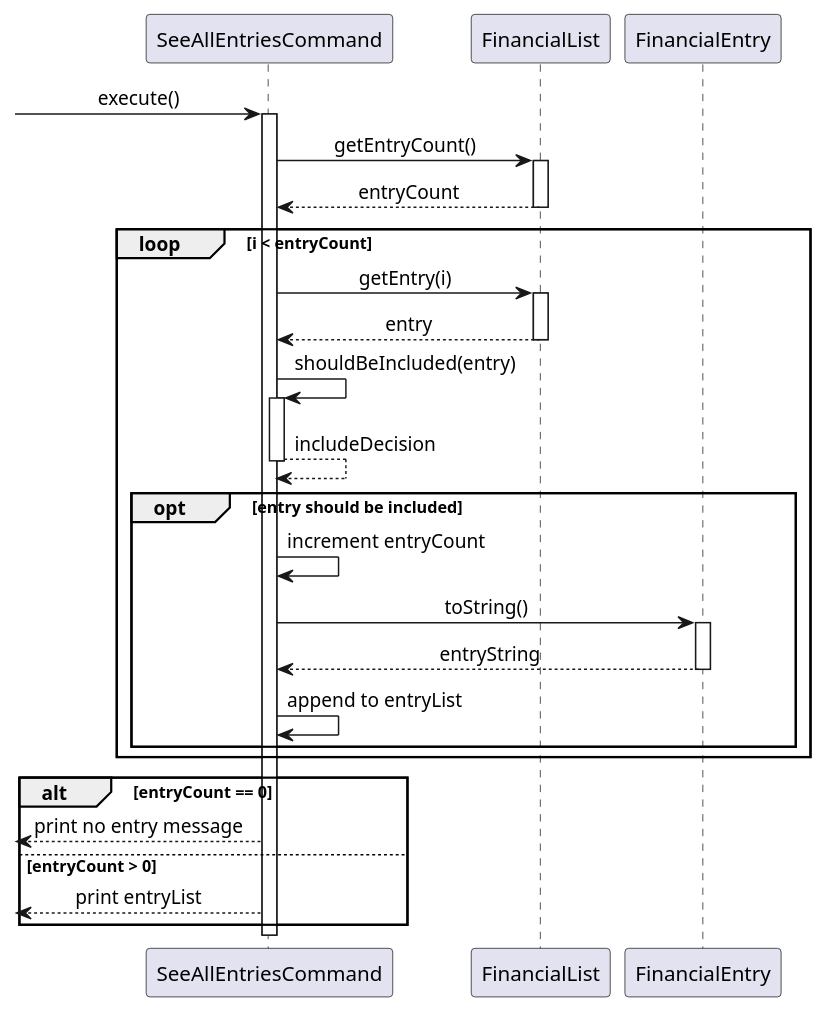
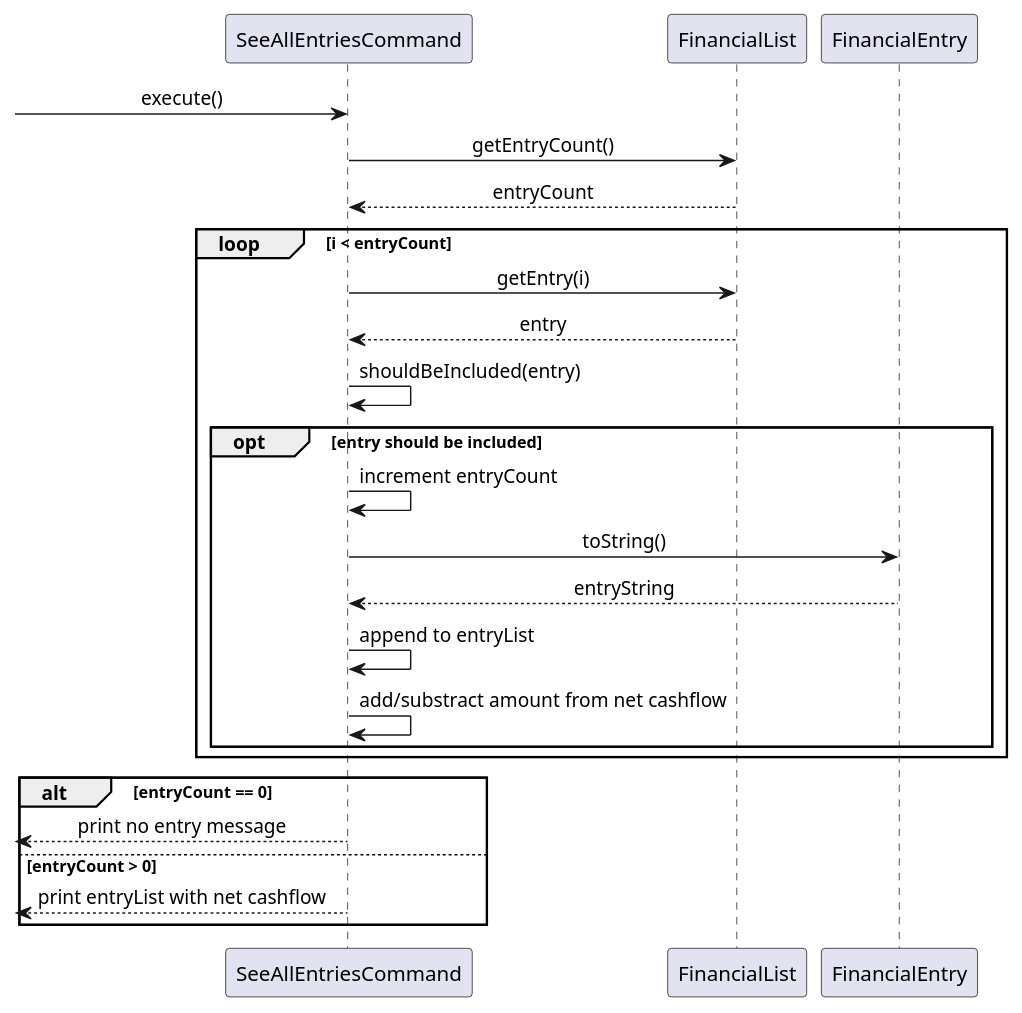
Before and after one commit to nus-cs2113-AY2425S1/tp: the diagram in docs/UML/SeeAllEntriesExecution.puml, drawn with PlantUML.

Commit message:
Update Sequence digrams to reflect printing of overall cashflow

```diff
--- a/docs/UML/SeeAllEntriesExecution.puml
+++ b/docs/UML/SeeAllEntriesExecution.puml
@@ -1,43 +1,38 @@
 @startuml
 skinparam sequenceMessageAlign center
 skinparam responseMessageBelowArrow true
 
 
 participant "SeeAllEntriesCommand" as cmd
 participant "FinancialList" as list
 participant "FinancialEntry" as entry
 
 
 -> cmd : execute()
-activate cmd
 
 cmd -> list : getEntryCount()
-activate list
 return entryCount
 
 loop i < entryCount
     cmd -> list : getEntry(i)
-    activate list
     return entry
 
     cmd -> cmd : shouldBeIncluded(entry)
-    activate cmd
-    return includeDecision
 
     opt entry should be included
         cmd -> cmd : increment entryCount
         cmd -> entry : toString()
-        activate entry
         return entryString
         cmd -> cmd : append to entryList
+        cmd -> cmd : add/substract amount from net cashflow
     end
 end
 
 alt entryCount == 0
     <-- cmd : print no entry message
 else entryCount > 0
-    <-- cmd: print entryList
+    <-- cmd: print entryList with net cashflow
 end
 
 deactivate cmd
 @enduml
```
